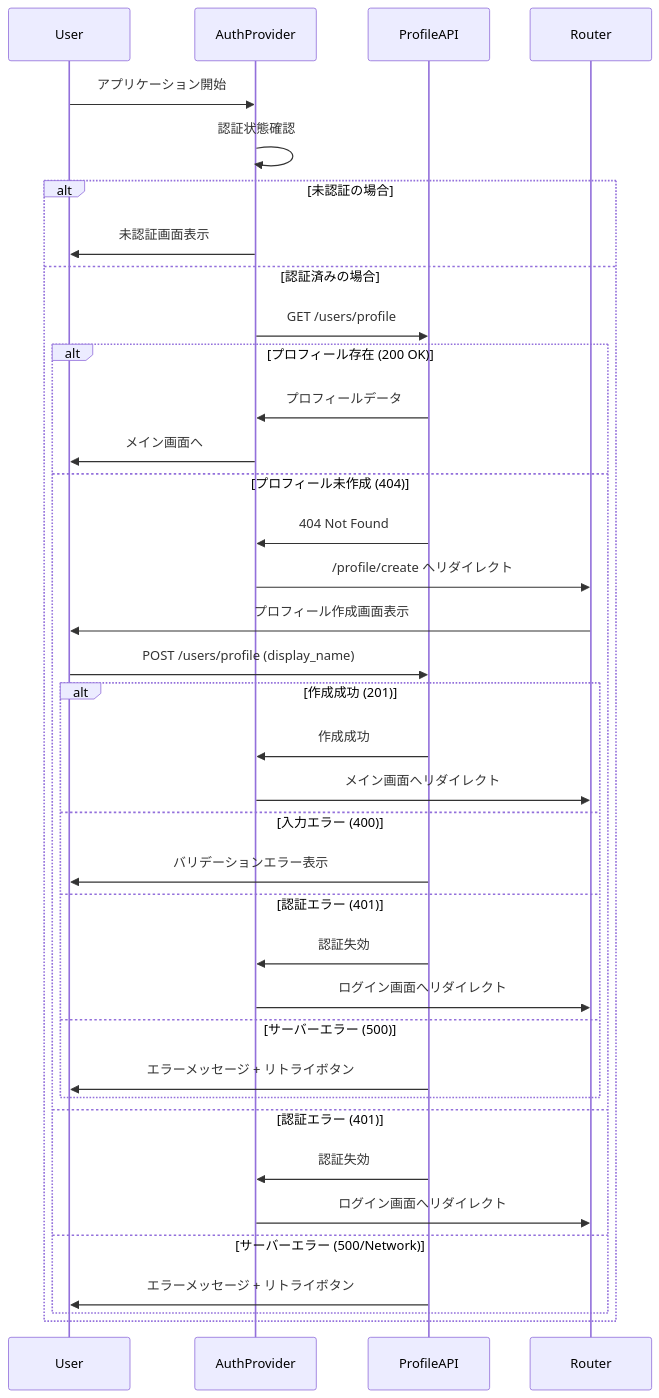
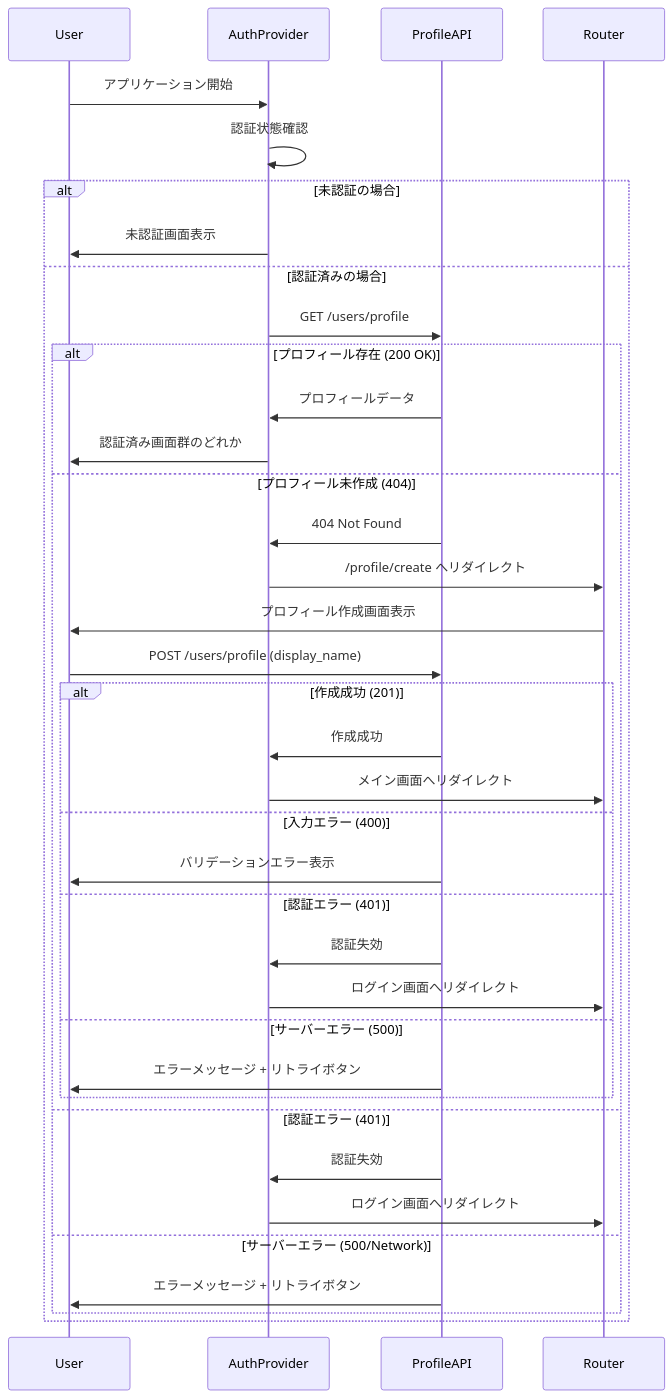
One commit to hidaken991018/beer_ikitai changed the second of 2 diagrams in docs/architect/screen-transitions.md. Above: the diagram before and after it, drawn with Mermaid. The commit also changed other lines of this file, not shown here.

Commit message:
docs\architect\screen-transitions.md の修正

````diff
--- a/docs/architect/screen-transitions.md
+++ b/docs/architect/screen-transitions.md
@@ -118,50 +115,50 @@
 ```mermaid
 sequenceDiagram
     participant User
     participant AuthProvider
     participant ProfileAPI
     participant Router
-    
+
     User->>AuthProvider: アプリケーション開始
     AuthProvider->>AuthProvider: 認証状態確認
-    
+
     alt 未認証の場合
         AuthProvider->>User: 未認証画面表示
     else 認証済みの場合
         AuthProvider->>ProfileAPI: GET /users/profile
-        
+
         alt プロフィール存在 (200 OK)
             ProfileAPI->>AuthProvider: プロフィールデータ
-            AuthProvider->>User: メイン画面へ
-            
+            AuthProvider->>User: 認証済み画面群のどれか
+
         else プロフィール未作成 (404)
             ProfileAPI->>AuthProvider: 404 Not Found
             AuthProvider->>Router: /profile/create へリダイレクト
             Router->>User: プロフィール作成画面表示
-            
+
             User->>ProfileAPI: POST /users/profile (display_name)
-            
+
             alt 作成成功 (201)
                 ProfileAPI->>AuthProvider: 作成成功
                 AuthProvider->>Router: メイン画面へリダイレクト
-                
+
             else 入力エラー (400)
                 ProfileAPI->>User: バリデーションエラー表示
-                
+
             else 認証エラー (401)
                 ProfileAPI->>AuthProvider: 認証失効
                 AuthProvider->>Router: ログイン画面へリダイレクト
-                
+
             else サーバーエラー (500)
                 ProfileAPI->>User: エラーメッセージ + リトライボタン
             end
-            
+
         else 認証エラー (401)
             ProfileAPI->>AuthProvider: 認証失効
             AuthProvider->>Router: ログイン画面へリダイレクト
-            
+
         else サーバーエラー (500/Network)
             ProfileAPI->>User: エラーメッセージ + リトライボタン
         end
     end
 ```
````
